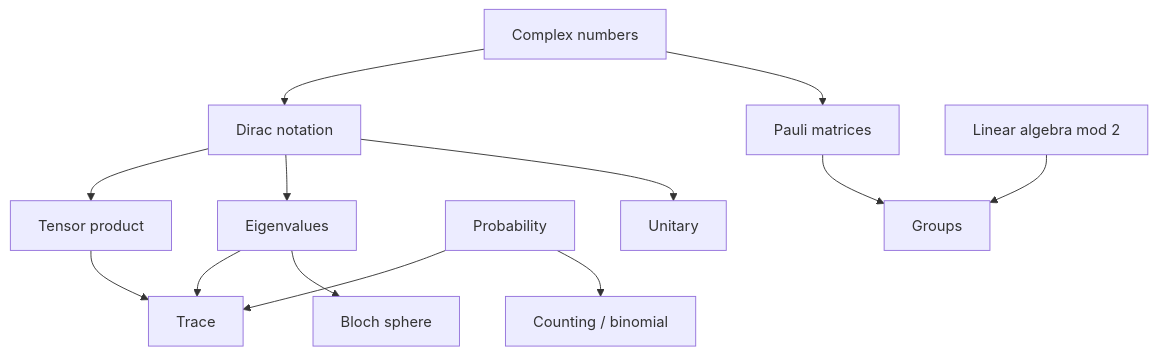
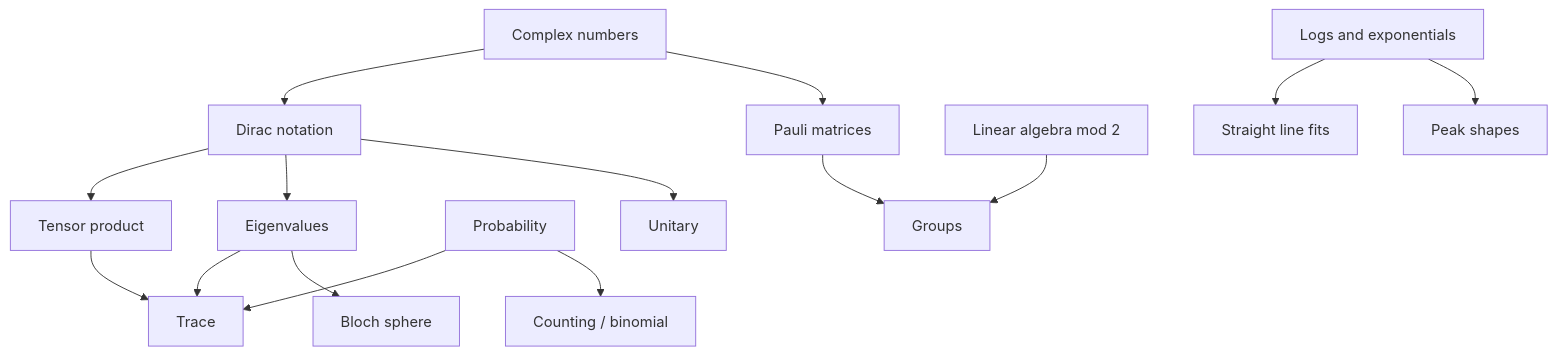
The diagram in Math/Math.md (ArhamAkhtarAlam/mitxpro-my-notes), drawn with Mermaid before and after one commit. The commit also changed other lines of this file and 42 other files, not shown here.

Commit message:
Add mathematical notes on logarithms, peak shapes, and straight line fits; implement sidebar resizing functionality

````diff
--- a/Math/Math.md
+++ b/Math/Math.md
@@ -24,15 +28,17 @@
 ```mermaid
 flowchart TD
     C["Complex numbers"] --> D["Dirac notation"]
     D --> T["Tensor product"]
     D --> E["Eigenvalues"]
     E --> Tr["Trace"]
     T --> Tr
     P["Probability"] --> Tr
     D --> U["Unitary"]
     E --> B["Bloch sphere"]
     C --> PM["Pauli matrices"]
     PM --> G["Groups"]
     M2["Linear algebra mod 2"] --> G
     P --> CB["Counting / binomial"]
+    L["Logs and exponentials"] --> F["Straight line fits"]
+    L --> PK["Peak shapes"]
 ```
````
